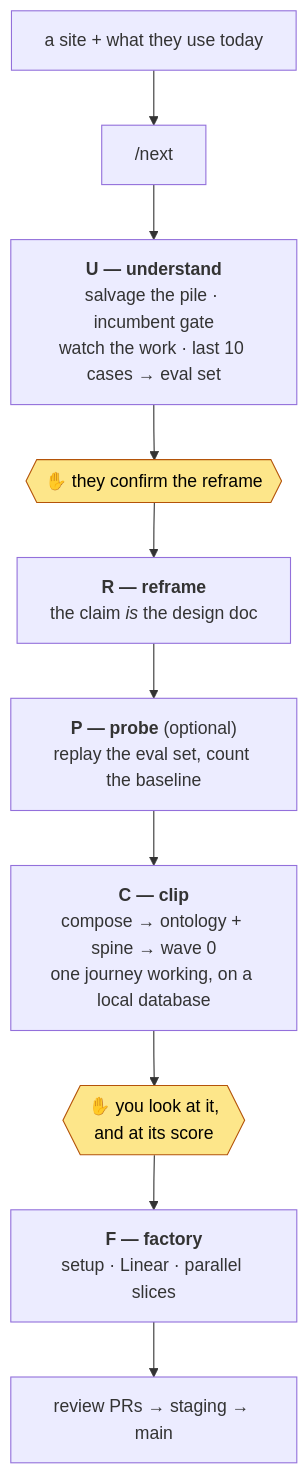
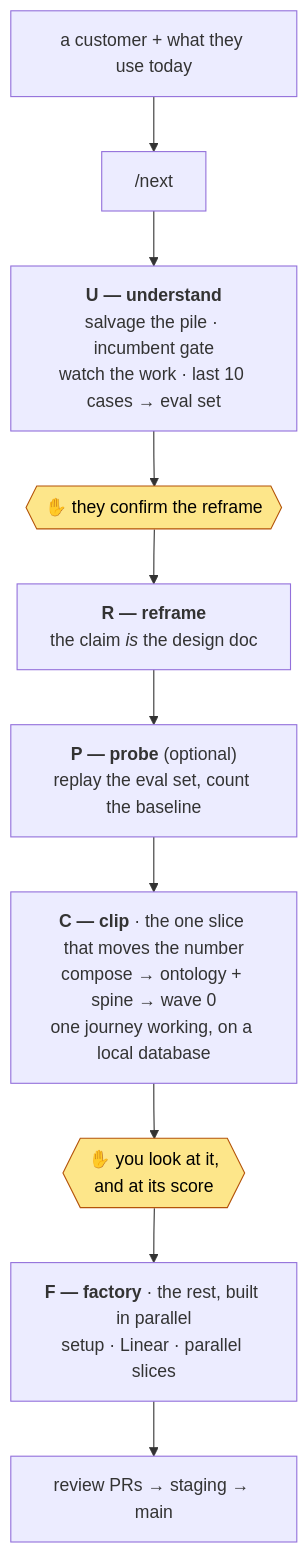
The first of 3 diagrams in README.md (hivinaynair/vipernxt), drawn with Mermaid before and after one commit. The commit also changed other lines of this file, not shown here.

````diff
--- a/README.md
+++ b/README.md
@@ -51,15 +53,15 @@
 ```mermaid
 flowchart TD
-    IN["a site + what they use today"] --> N["/next"]
+    IN["a customer + what they use today"] --> N["/next"]
     N --> U["<b>U — understand</b><br/>salvage the pile · incumbent gate<br/>watch the work · last 10 cases → eval set"]
     U --> G1{{"✋ they confirm the reframe"}}
     G1 --> R["<b>R — reframe</b><br/>the claim <i>is</i> the design doc"]
     R --> P["<b>P — probe</b> (optional)<br/>replay the eval set, count the baseline"]
-    P --> C["<b>C — clip</b><br/>compose → ontology + spine → wave 0<br/>one journey working, on a local database"]
+    P --> C["<b>C — clip</b> · the one slice that moves the number<br/>compose → ontology + spine → wave 0<br/>one journey working, on a local database"]
     C --> G2{{"✋ you look at it,<br/>and at its score"}}
-    G2 --> F["<b>F — factory</b><br/>setup · Linear · parallel slices"]
+    G2 --> F["<b>F — factory</b> · the rest, built in parallel<br/>setup · Linear · parallel slices"]
     F --> REL["review PRs → staging → main"]
 
     style G1 fill:#fde68a,stroke:#b45309,color:#000
     style G2 fill:#fde68a,stroke:#b45309,color:#000
 ```
````
